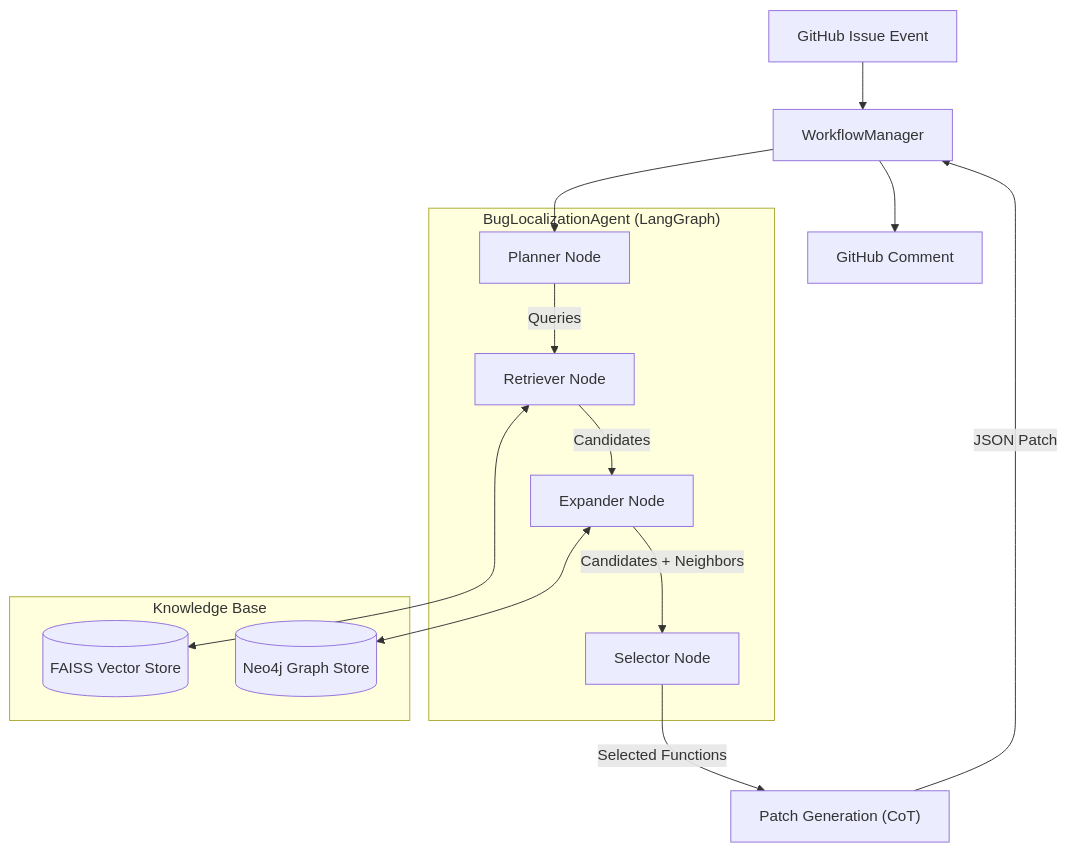
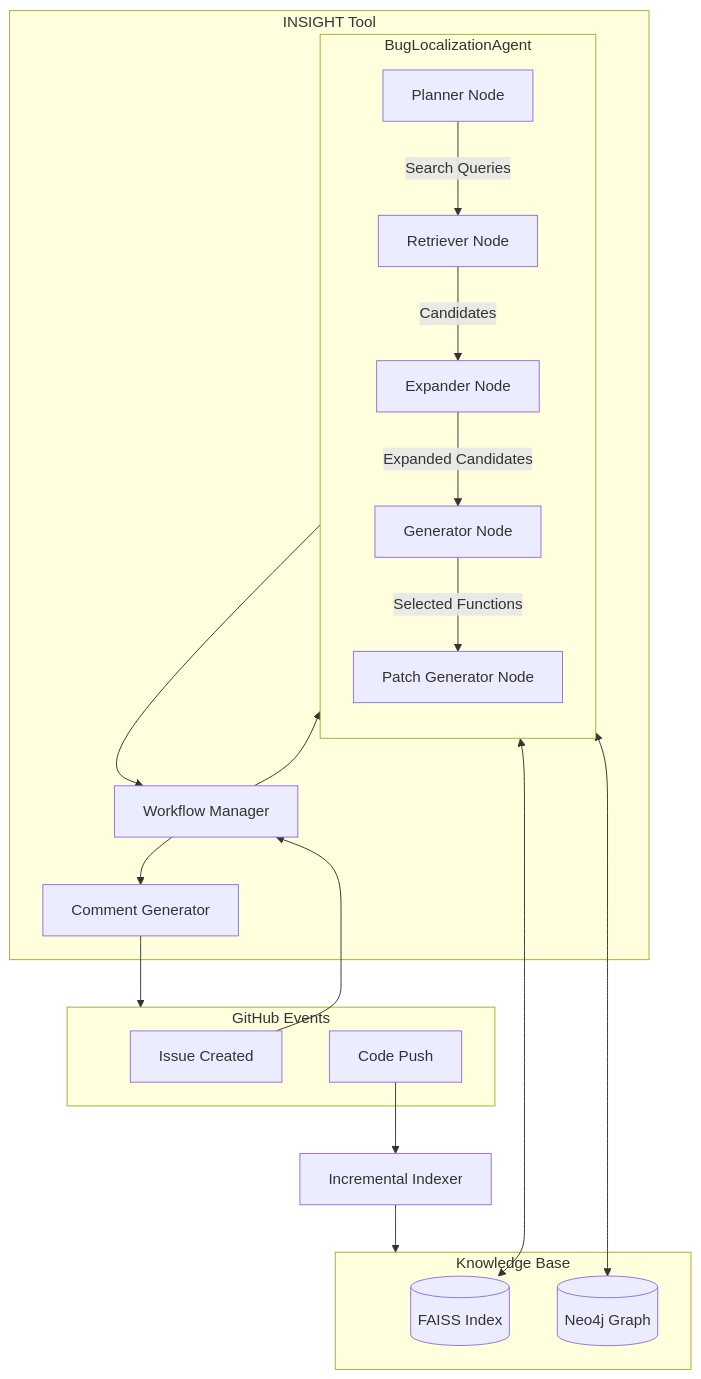
Before and after one commit to jsureka/issue_analyzing_tool: the first of 3 diagrams in ARCHITECTURE.md, drawn with Mermaid. The commit also changed other lines of this file and 4 other files, not shown here.

Commit message:
feat: Implement agentic bug localization workflow using LangGraph and Chain-of-Thought patch generation.

````diff
--- a/ARCHITECTURE.md
+++ b/ARCHITECTURE.md
@@ -15,23 +17,43 @@
 ```mermaid
-graph TD
-    Event["GitHub Issue Event"] --> WM[WorkflowManager]
-    
-    subgraph Agent ["BugLocalizationAgent (LangGraph)"]
-        Planner["Planner Node"] -->|Queries| Retriever["Retriever Node"]
-        Retriever -->|Candidates| Expander["Expander Node"]
-        Expander -->|"Candidates + Neighbors"| Selector["Selector Node"]
+flowchart TB
+    subgraph GitHub["GitHub Events"]
+        Issue["Issue Created"]
+        Push["Code Push"]
     end
     
-    WM --> Planner
-    Selector -->|"Selected Functions"| PatchGen["Patch Generation (CoT)"]
-    PatchGen -->|"JSON Patch"| WM
-    WM --> Comment["GitHub Comment"]
-
-    subgraph KB ["Knowledge Base"]
-        FAISS[("FAISS Vector Store")]
-        Neo4j[("Neo4j Graph Store")]
+    subgraph INSIGHT["INSIGHT Tool"]
+        WM["Workflow Manager"]
+        
+        subgraph Agent["BugLocalizationAgent"]
+            direction TB
+            P["Planner Node"]
+            R["Retriever Node"]
+            E["Expander Node"]
+            G["Generator Node"]
+            PG["Patch Generator Node"]
+            
+            P -->|"Search Queries"| R
+            R -->|"Candidates"| E
+            E -->|"Expanded Candidates"| G
+            G -->|"Selected Functions"| PG
+        end
+        
+        Comment["Comment Generator"]
     end
-
-    Retriever <--> FAISS
-    Expander <--> Neo4j
+    
+    subgraph KB["Knowledge Base"]
+        FAISS[("FAISS Index")]
+        Neo4j[("Neo4j Graph")]
+    end
+    
+    Issue --> WM
+    Push --> Indexer["Incremental Indexer"]
+    Indexer --> KB
+    
+    WM --> P
+    R <--> FAISS
+    E <--> Neo4j
+    PG --> WM
+    WM --> Comment
+    Comment --> GitHub
 ```
````
